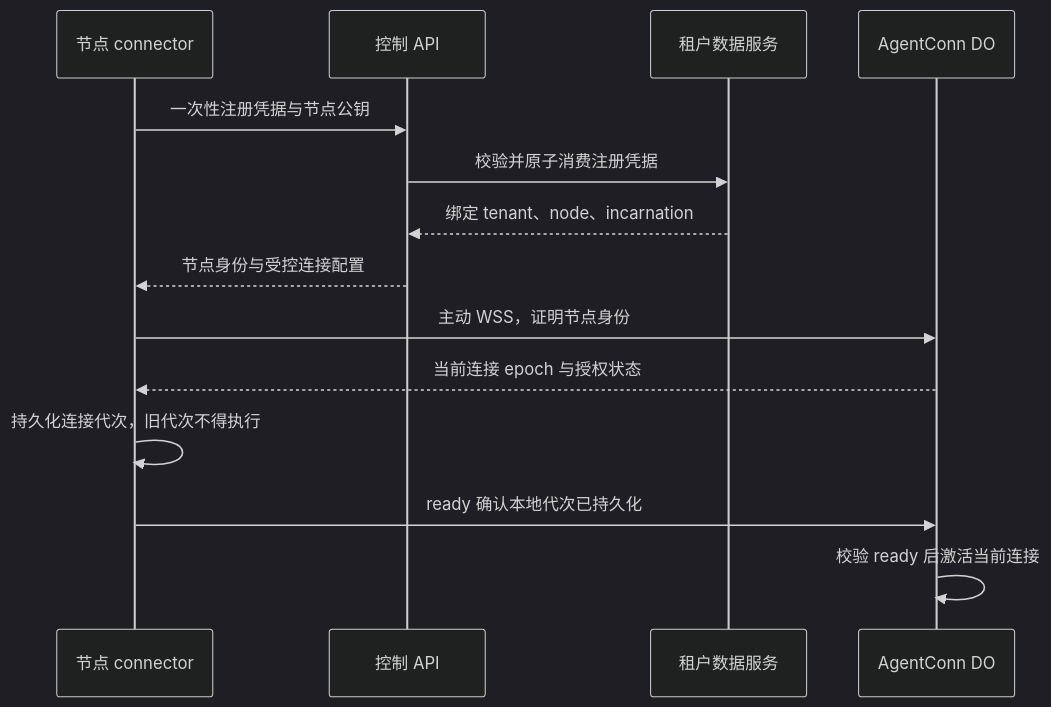
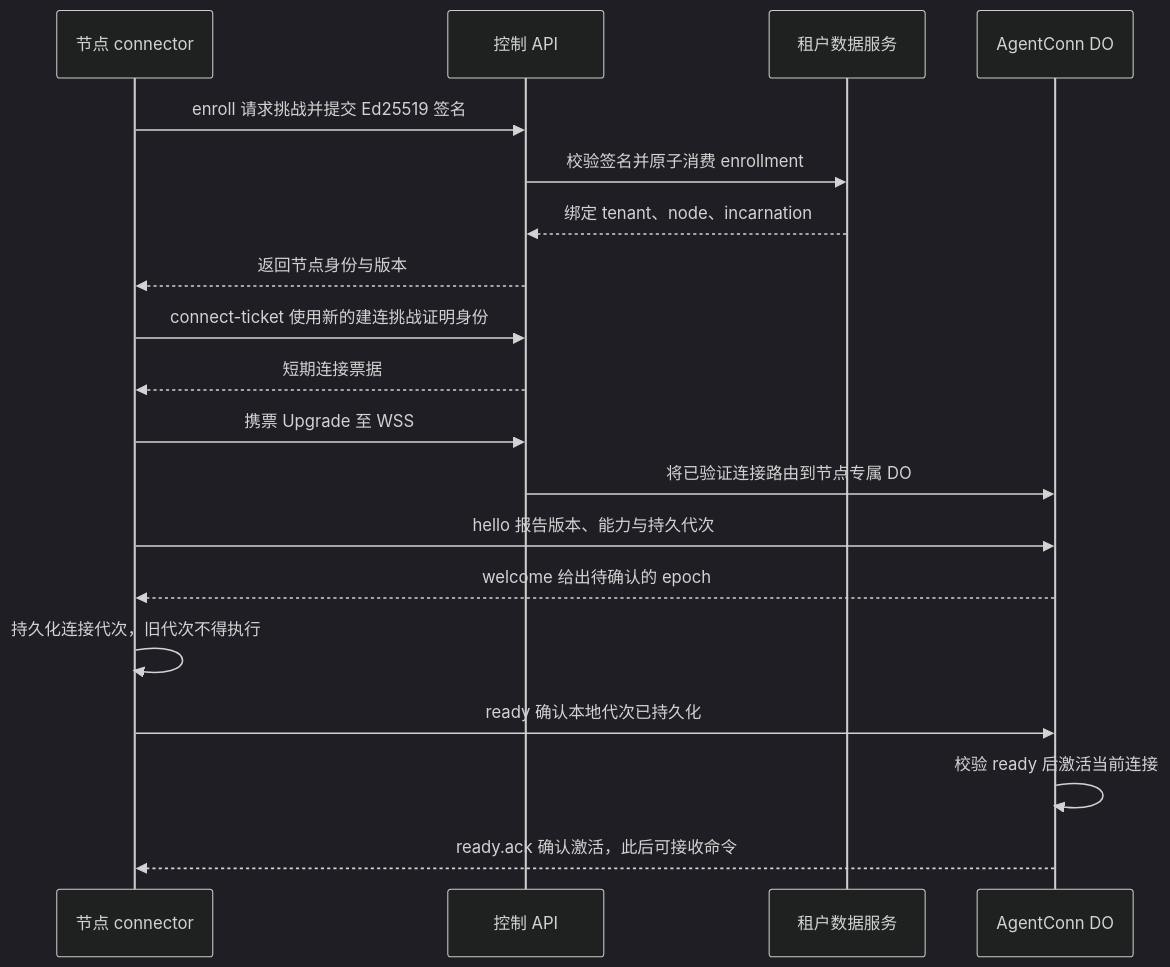
The fourth of 14 diagrams in docs/technical-plan.md (XCAngelWatch/AngelFleetPRD), drawn with Mermaid (dark theme) before and after one commit. The commit also changed other lines of this file and 12 other files, not shown here.

````diff
--- a/docs/technical-plan.md
+++ b/docs/technical-plan.md
@@ -252,16 +210,21 @@
 ```mermaid
 sequenceDiagram
     participant N as 节点 connector
     participant W as 控制 API
     participant T as 租户数据服务
     participant C as AgentConn DO
-    N->>W: 一次性注册凭据与节点公钥
-    W->>T: 校验并原子消费注册凭据
+    N->>W: enroll 请求挑战并提交 Ed25519 签名
+    W->>T: 校验签名并原子消费 enrollment
     T-->>W: 绑定 tenant、node、incarnation
-    W-->>N: 节点身份与受控连接配置
-    N->>C: 主动 WSS，证明节点身份
-    C-->>N: 当前连接 epoch 与授权状态
+    W-->>N: 返回节点身份与版本
+    N->>W: connect-ticket 使用新的建连挑战证明身份
+    W-->>N: 短期连接票据
+    N->>W: 携票 Upgrade 至 WSS
+    W->>C: 将已验证连接路由到节点专属 DO
+    N->>C: hello 报告版本、能力与持久代次
+    C-->>N: welcome 给出待确认的 epoch
     N->>N: 持久化连接代次，旧代次不得执行
     N->>C: ready 确认本地代次已持久化
     C->>C: 校验 ready 后激活当前连接
+    C-->>N: ready.ack 确认激活，此后可接收命令
 ```
````
